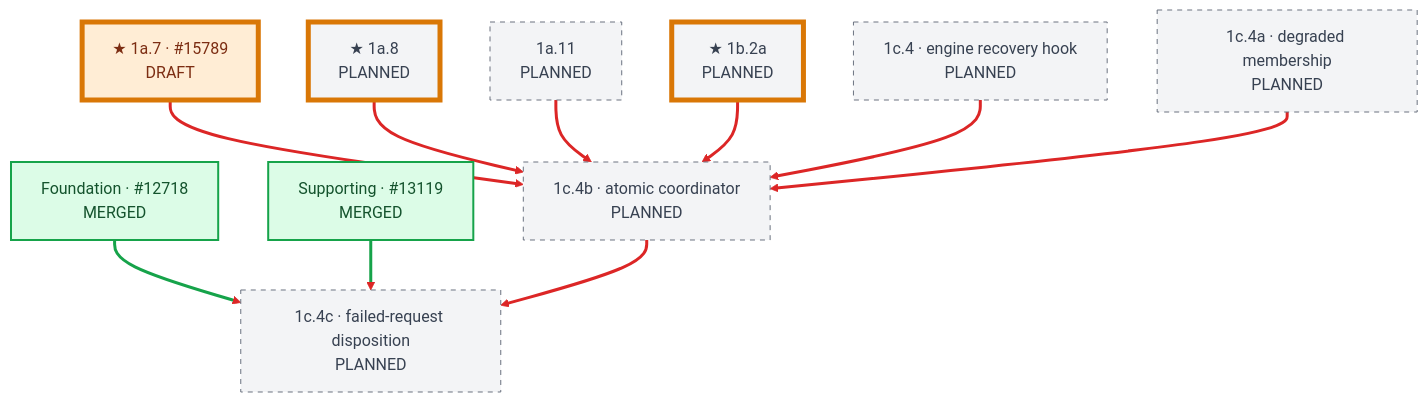
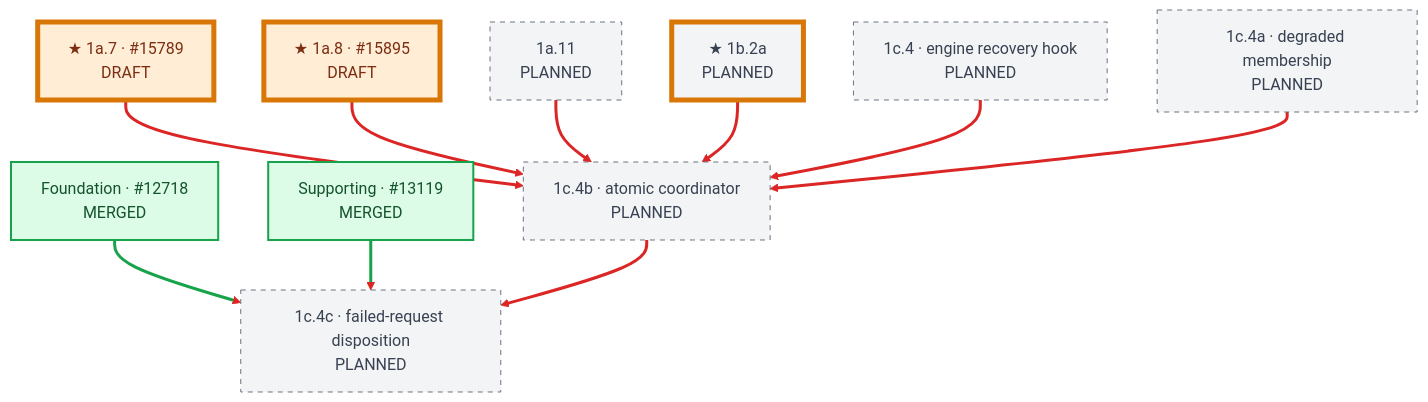
Before and after one commit to chienchunhung/TensorRT-LLM: the fifth of 8 diagrams in docs/design/wide-ep-fault-tolerance/pr-execution/mvp-dependency-graph.md, drawn with Mermaid. The commit also changed other lines of this file and 7 other files, not shown here.

````diff
--- a/docs/design/wide-ep-fault-tolerance/pr-execution/mvp-dependency-graph.md
+++ b/docs/design/wide-ep-fault-tolerance/pr-execution/mvp-dependency-graph.md
@@ -350,36 +350,36 @@
 ```mermaid
 flowchart TB
     P12718["Foundation · #12718<br/>MERGED"]
     P13119["Supporting · #13119<br/>MERGED"]
     A1_7["★ 1a.7 · #15789<br/>DRAFT"]
-    A1_8["★ 1a.8<br/>PLANNED"]
+    A1_8["★ 1a.8 · #15895<br/>DRAFT"]
     A1_11["1a.11<br/>PLANNED"]
     B1_2A["★ 1b.2a<br/>PLANNED"]
     C1_4["1c.4 · engine recovery hook<br/>PLANNED"]
     C1_4A["1c.4a · degraded membership<br/>PLANNED"]
     C1_4B["1c.4b · atomic coordinator<br/>PLANNED"]
     C1_4C["1c.4c · failed-request disposition<br/>PLANNED"]
 
     P12718 --> C1_4C
     P13119 --> C1_4C
     A1_7 --> C1_4B
     A1_8 --> C1_4B
     A1_11 --> C1_4B
     B1_2A --> C1_4B
     C1_4 --> C1_4B
     C1_4A --> C1_4B
     C1_4B --> C1_4C
 
     linkStyle default stroke:#dc2626,stroke-width:3px;
     linkStyle 0,1 stroke:#16a34a,stroke-width:3px;
 
     classDef merged fill:#dcfce7,stroke:#16a34a,color:#14532d,stroke-width:2px;
     classDef draft fill:#ffedd5,stroke:#f97316,color:#7c2d12,stroke-width:2px;
     classDef planned fill:#f3f4f6,stroke:#6b7280,color:#374151,stroke-dasharray:5 5;
     classDef candidate stroke:#d97706,stroke-width:5px,stroke-dasharray:0;
 
     class P12718,P13119 merged;
-    class A1_7 draft;
-    class A1_8,A1_11,B1_2A,C1_4,C1_4A,C1_4B,C1_4C planned;
+    class A1_7,A1_8 draft;
+    class A1_11,B1_2A,C1_4,C1_4A,C1_4B,C1_4C planned;
     class A1_7,A1_8,B1_2A candidate;
 ```
````
